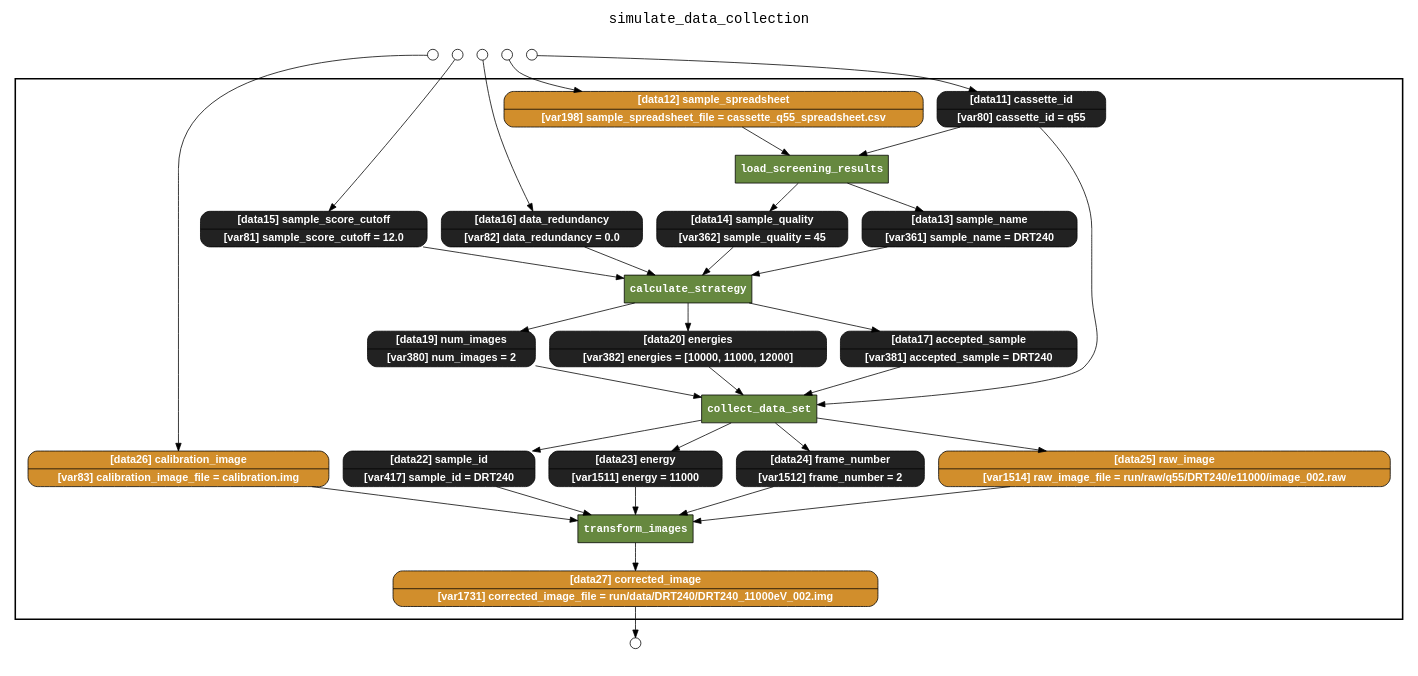
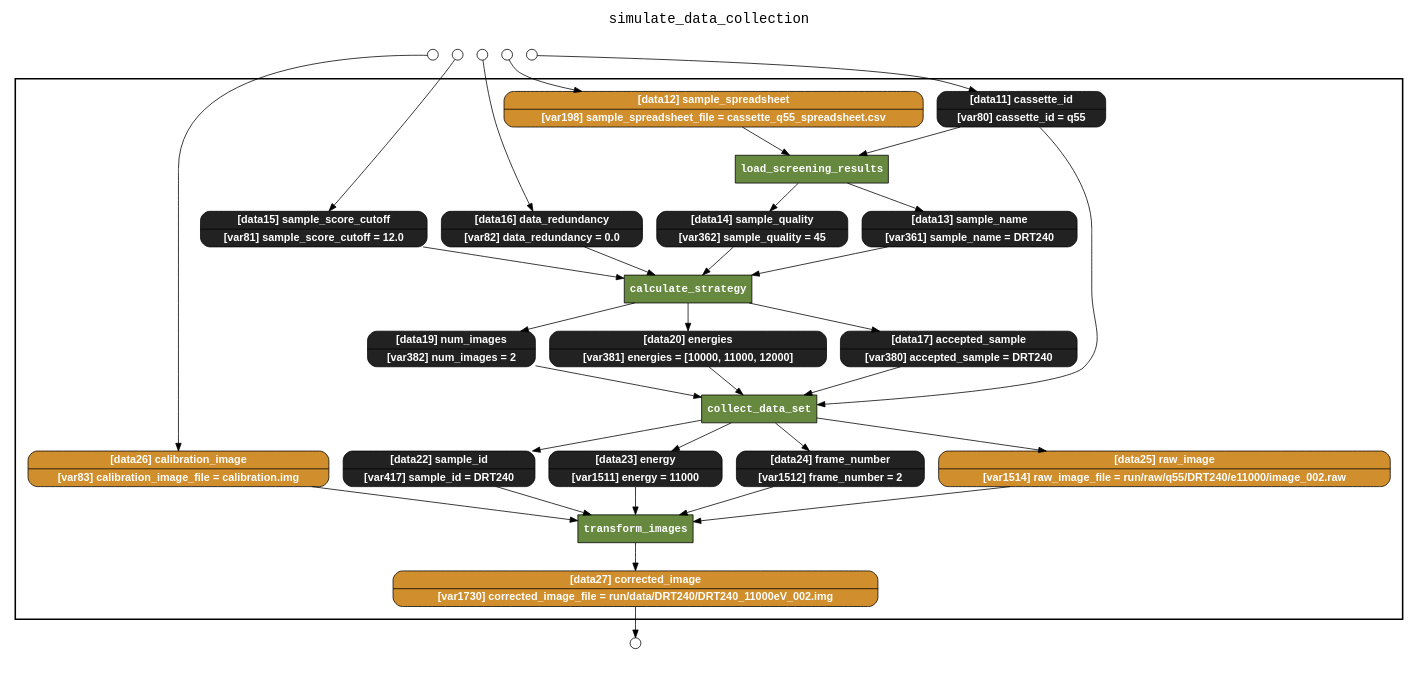
The diagram in examples/simulate_data_collection/graph/yw_nw_retrospective_lineage.gv (yesworkflow-org/yw-noworkflow), drawn with Graphviz before and after one commit. The commit also changed 178 other files, not shown here.

```diff
--- a/examples/simulate_data_collection/graph/yw_nw_retrospective_lineage.gv
+++ b/examples/simulate_data_collection/graph/yw_nw_retrospective_lineage.gv
@@ -1,77 +1,77 @@
 
 digraph yw_data_view {
 rankdir=TB
 fontname=Courier; fontsize=18; labelloc=t
 label="simulate_data_collection"
 subgraph cluster_workflow { label=""; color=black; penwidth=2
 subgraph cluster_workflow_inner { label=""; color=white
 node[shape=box style=filled fillcolor="#66883F" peripheries=1 fontname="Courier-Bold" fontcolor=white]
 collect_data_set
 calculate_strategy
 load_screening_results
 transform_images
 node[shape=box style="filled" fillcolor="#CCFFCC" peripheries=1 fontname=Courier]
 node[shape=box style="rounded,filled" fillcolor="#D18E2C" peripheries=1 fontname="Helvetica-Bold"]
 sample_spreadsheet [shape=record rankdir=LR label="{<f0> [data12] sample_spreadsheet |<f1> [var198] sample_spreadsheet_file = cassette_q55_spreadsheet.csv}"]
 raw_image [shape=record rankdir=LR label="{<f0> [data25] raw_image |<f1> [var1514] raw_image_file = run/raw/q55/DRT240/e11000/image_002.raw}"]
 calibration_image [shape=record rankdir=LR label="{<f0> [data26] calibration_image |<f1> [var83] calibration_image_file = calibration.img}"]
-corrected_image [shape=record rankdir=LR label="{<f0> [data27] corrected_image |<f1> [var1731] corrected_image_file = run/data/DRT240/DRT240_11000eV_002.img}"]
+corrected_image [shape=record rankdir=LR label="{<f0> [data27] corrected_image |<f1> [var1730] corrected_image_file = run/data/DRT240/DRT240_11000eV_002.img}"]
 node[shape=box style="rounded,filled" fillcolor="#222222" peripheries=1 fontname="Helvetica-Bold"]
 cassette_id [shape=record rankdir=LR label="{<f0> [data11] cassette_id |<f1> [var80] cassette_id = q55}"]
 sample_name [shape=record rankdir=LR label="{<f0> [data13] sample_name |<f1> [var361] sample_name = DRT240}"]
 sample_quality [shape=record rankdir=LR label="{<f0> [data14] sample_quality |<f1> [var362] sample_quality = 45}"]
 sample_score_cutoff [shape=record rankdir=LR label="{<f0> [data15] sample_score_cutoff |<f1> [var81] sample_score_cutoff = 12.0}"]
 data_redundancy [shape=record rankdir=LR label="{<f0> [data16] data_redundancy |<f1> [var82] data_redundancy = 0.0}"]
-accepted_sample [shape=record rankdir=LR label="{<f0> [data17] accepted_sample |<f1> [var381] accepted_sample = DRT240}"]
-num_images [shape=record rankdir=LR label="{<f0> [data19] num_images |<f1> [var380] num_images = 2}"]
-energies [shape=record rankdir=LR label="{<f0> [data20] energies |<f1> [var382] energies = [10000, 11000, 12000]}"]
+accepted_sample [shape=record rankdir=LR label="{<f0> [data17] accepted_sample |<f1> [var380] accepted_sample = DRT240}"]
+num_images [shape=record rankdir=LR label="{<f0> [data19] num_images |<f1> [var382] num_images = 2}"]
+energies [shape=record rankdir=LR label="{<f0> [data20] energies |<f1> [var381] energies = [10000, 11000, 12000]}"]
 sample_id [shape=record rankdir=LR label="{<f0> [data22] sample_id |<f1> [var417] sample_id = DRT240}"]
 energy [shape=record rankdir=LR label="{<f0> [data23] energy |<f1> [var1511] energy = 11000}"]
 frame_number [shape=record rankdir=LR label="{<f0> [data24] frame_number |<f1> [var1512] frame_number = 2}"]
 }}
 subgraph cluster_inflows { label=""; color=white; penwidth=2
 subgraph cluster_inflows_inner { label=""; color=white
 node[shape=circle fillcolor="#FFFFFF" peripheries=1 width=0.2]
 sample_spreadsheet_inflow [label=""]
 calibration_image_inflow [label=""]
 sample_score_cutoff_inflow [label=""]
 data_redundancy_inflow [label=""]
 cassette_id_inflow [label=""]
 }}
 subgraph cluster_outflows { label=""; color=white; penwidth=2
 subgraph cluster_outflows_inner { label=""; color=white
 node[shape=circle fillcolor="#FFFFFF" peripheries=1 width=0.2]
 corrected_image_outflow [label=""]
 }}
-data_redundancy -> calculate_strategy
-accepted_sample -> collect_data_set
-sample_id -> transform_images
-frame_number -> transform_images
 num_images -> collect_data_set
-energy -> transform_images
 sample_name -> calculate_strategy
-raw_image -> transform_images
-sample_spreadsheet -> load_screening_results
+calibration_image -> transform_images
 energies -> collect_data_set
-calibration_image -> transform_images
 sample_quality -> calculate_strategy
 sample_score_cutoff -> calculate_strategy
+accepted_sample -> collect_data_set
 cassette_id -> collect_data_set
 cassette_id -> load_screening_results
+sample_spreadsheet -> load_screening_results
+data_redundancy -> calculate_strategy
+frame_number -> transform_images
+energy -> transform_images
+sample_id -> transform_images
+raw_image -> transform_images
 load_screening_results -> sample_name
 load_screening_results -> sample_quality
 calculate_strategy -> accepted_sample
 calculate_strategy -> num_images
 calculate_strategy -> energies
 collect_data_set -> sample_id
 collect_data_set -> energy
 collect_data_set -> frame_number
 collect_data_set -> raw_image
 transform_images -> corrected_image
 sample_spreadsheet_inflow -> sample_spreadsheet
 calibration_image_inflow -> calibration_image
 sample_score_cutoff_inflow -> sample_score_cutoff
 data_redundancy_inflow -> data_redundancy
 cassette_id_inflow -> cassette_id
 corrected_image -> corrected_image_outflow
 }
```
